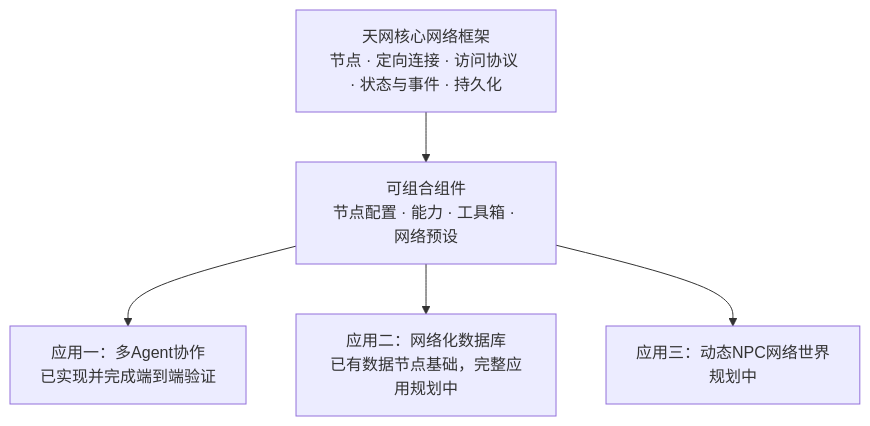
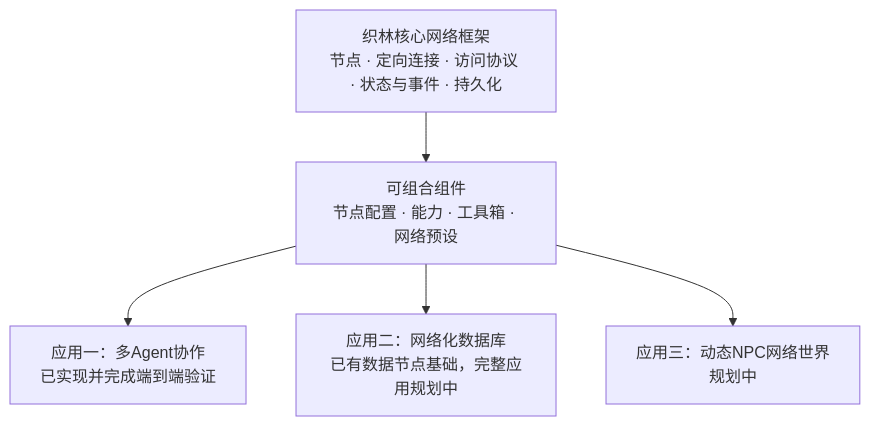
Before and after one commit to kazari-qwp/Nexarbor: the diagram in README.md, drawn with Mermaid. The commit also changed other lines of this file and 19 other files, not shown here.

````diff
--- a/README.md
+++ b/README.md
@@ -13,9 +15,9 @@
 ```mermaid
 flowchart TB
-    Core["天网核心网络框架<br/>节点 · 定向连接 · 访问协议 · 状态与事件 · 持久化"]
+    Core["织林核心网络框架<br/>节点 · 定向连接 · 访问协议 · 状态与事件 · 持久化"]
     Components["可组合组件<br/>节点配置 · 能力 · 工具箱 · 网络预设"]
     Core --> Components
     Components --> Agents["应用一：多Agent协作<br/>已实现并完成端到端验证"]
     Components --> Database["应用二：网络化数据库<br/>已有数据节点基础，完整应用规划中"]
     Components --> World["应用三：动态NPC网络世界<br/>规划中"]
 ```
````
